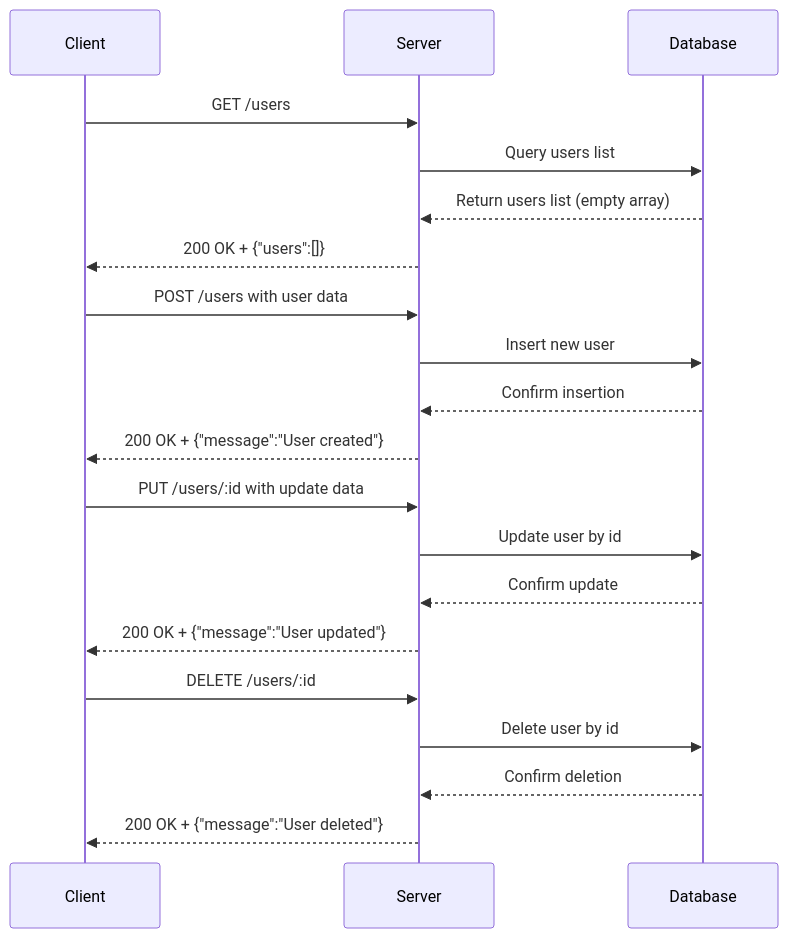
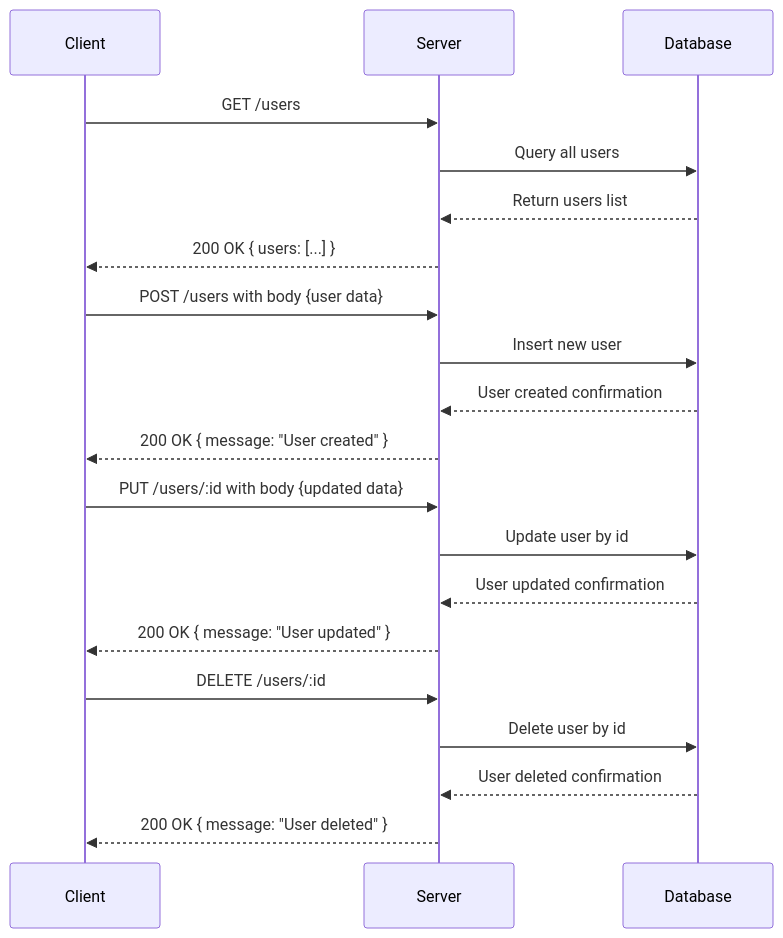
One commit to swmiya8/sample-api-key changed the diagram in generated-api-docs.md. Above: the diagram before and after it, drawn with Mermaid. The commit also changed other lines of this file, not shown here.

````diff
--- a/generated-api-docs.md
+++ b/generated-api-docs.md
@@ -267,26 +276,26 @@
 ```mermaid
 sequenceDiagram
     participant Client
     participant Server
     participant Database
 
     Client->>Server: GET /users
-    Server->>Database: Query users list
-    Database-->>Server: Return users list (empty array)
-    Server-->>Client: 200 OK + {"users":[]}
+    Server->>Database: Query all users
+    Database-->>Server: Return users list
+    Server-->>Client: 200 OK { users: [...] }
 
-    Client->>Server: POST /users with user data
+    Client->>Server: POST /users with body {user data}
     Server->>Database: Insert new user
-    Database-->>Server: Confirm insertion
-    Server-->>Client: 200 OK + {"message":"User created"}
+    Database-->>Server: User created confirmation
+    Server-->>Client: 200 OK { message: "User created" }
 
-    Client->>Server: PUT /users/:id with update data
+    Client->>Server: PUT /users/:id with body {updated data}
     Server->>Database: Update user by id
-    Database-->>Server: Confirm update
-    Server-->>Client: 200 OK + {"message":"User updated"}
+    Database-->>Server: User updated confirmation
+    Server-->>Client: 200 OK { message: "User updated" }
 
     Client->>Server: DELETE /users/:id
     Server->>Database: Delete user by id
-    Database-->>Server: Confirm deletion
-    Server-->>Client: 200 OK + {"message":"User deleted"}
+    Database-->>Server: User deleted confirmation
+    Server-->>Client: 200 OK { message: "User deleted" }
 ```
````
